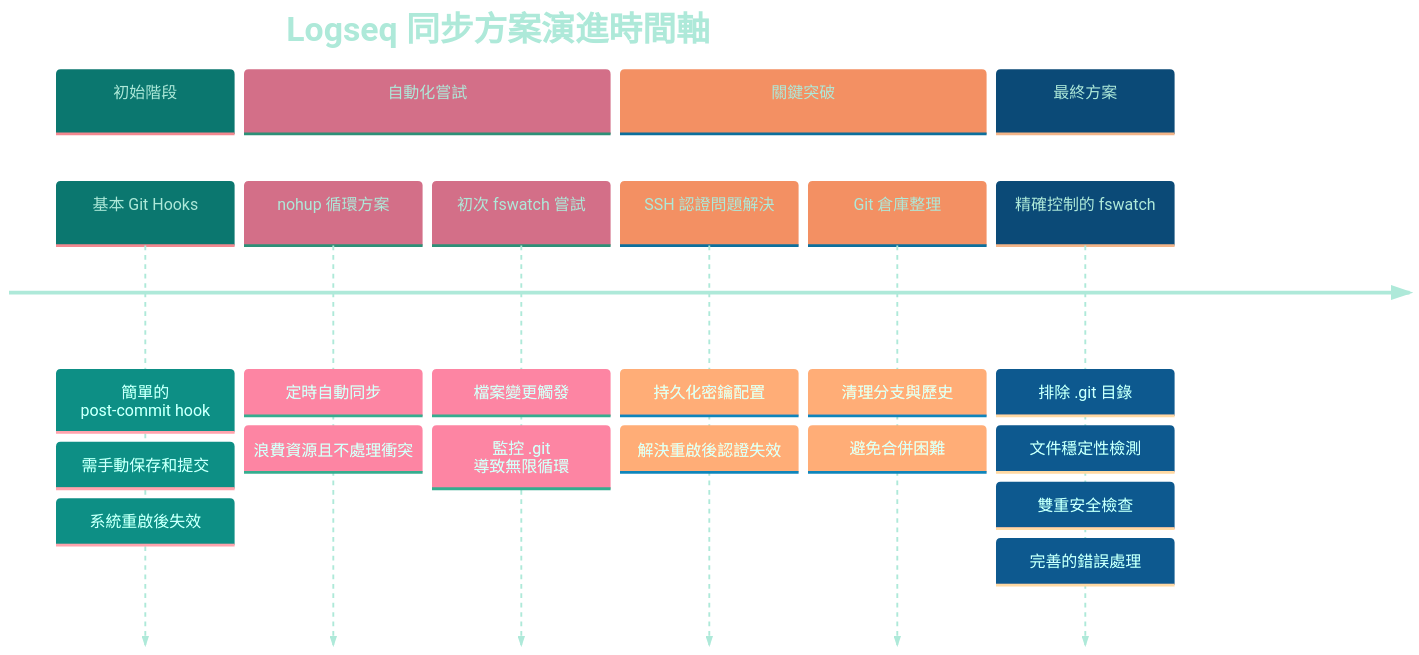
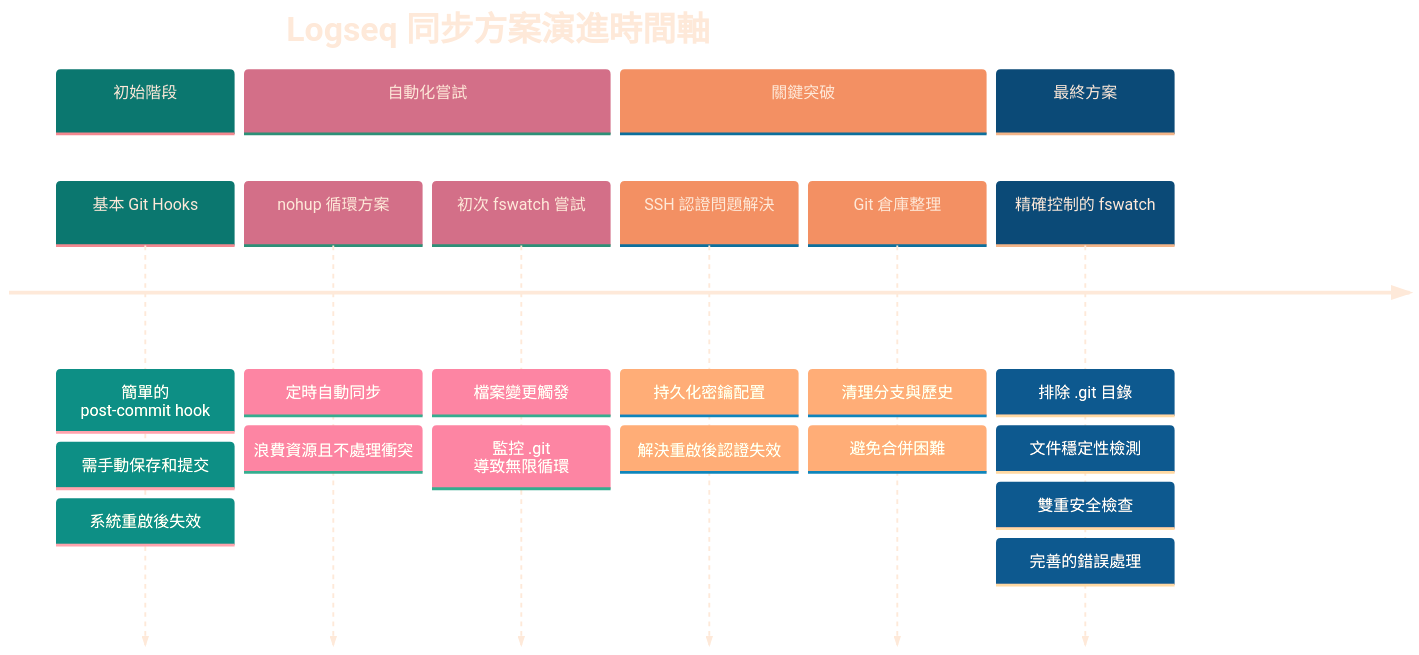
Before and after one commit to GengGeng026/Sync-Logseq: the first of 2 diagrams in Logseq同步方案演進記錄.md, drawn with Mermaid.

Commit message:
Auto saved by Logseq

````diff
--- a/Logseq同步方案演進記錄.md
+++ b/Logseq同步方案演進記錄.md
@@ -24,38 +24,38 @@
 ```mermaid
 %%{init: {
   'theme': 'base', 
   'themeVariables': {
-    'primaryTextColor': '#AEE9D9',
+    'primaryTextColor': '#FEE9D9',
     'primaryColor': '#19E9D9',
     'secondaryColor': '#F1D1D9',
     'tertiaryColor': '#FCE4D9',
     'primaryBorderColor': '#A9D9D9',
     'background': 'transparent',
     'clusterBkg': 'transparent',
     'fontFamily': 'default',
     'fontSize': '17px',
     'fontWeight': 'normal'
   }
 }}%%
 timeline
     title Logseq 同步方案演進時間軸
     section 初始階段
         基本 Git Hooks : 簡單的 post-commit hook
         : 需手動保存和提交
         : 系統重啟後失效
     section 自動化嘗試
         nohup 循環方案 : 定時自動同步
         : 浪費資源且不處理衝突
         初次 fswatch 嘗試 : 檔案變更觸發
         : 監控 .git 導致無限循環
     section 關鍵突破
         SSH 認證問題解決 : 持久化密鑰配置
         : 解決重啟後認證失效
         Git 倉庫整理 : 清理分支與歷史
         : 避免合併困難
     section 最終方案
         精確控制的 fswatch : 排除 .git 目錄
         : 文件穩定性檢測
         : 雙重安全檢查
         : 完善的錯誤處理
 ```
````
